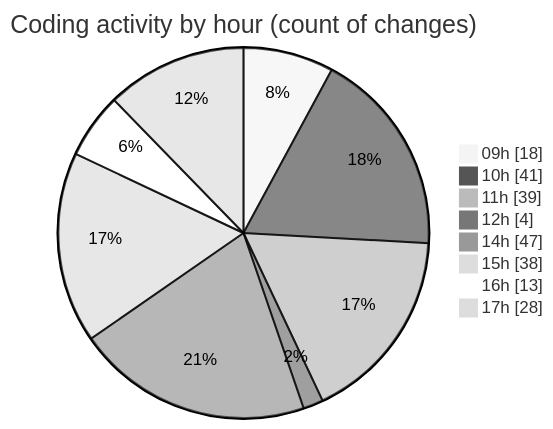
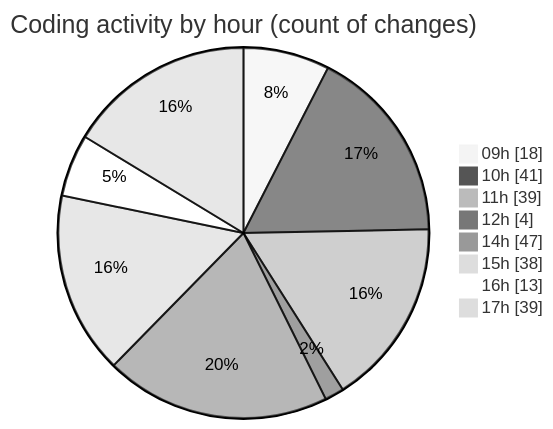
The second of 2 diagrams in 2025-02-11/cda/README.md (momahboobian/code-tracking), drawn with Mermaid (neutral theme) before and after one commit. The commit also changed other lines of this file and 1 other file, not shown here.

````diff
--- a/2025-02-11/cda/README.md
+++ b/2025-02-11/cda/README.md
@@ -34,12 +34,12 @@
 ```mermaid
 pie showData
 title Coding activity by hour (count of changes)
 "09h" : 18
 "10h" : 41
 "11h" : 39
 "12h" : 4
 "14h" : 47
 "15h" : 38
 "16h" : 13
-"17h" : 28
+"17h" : 39
 ```
````
